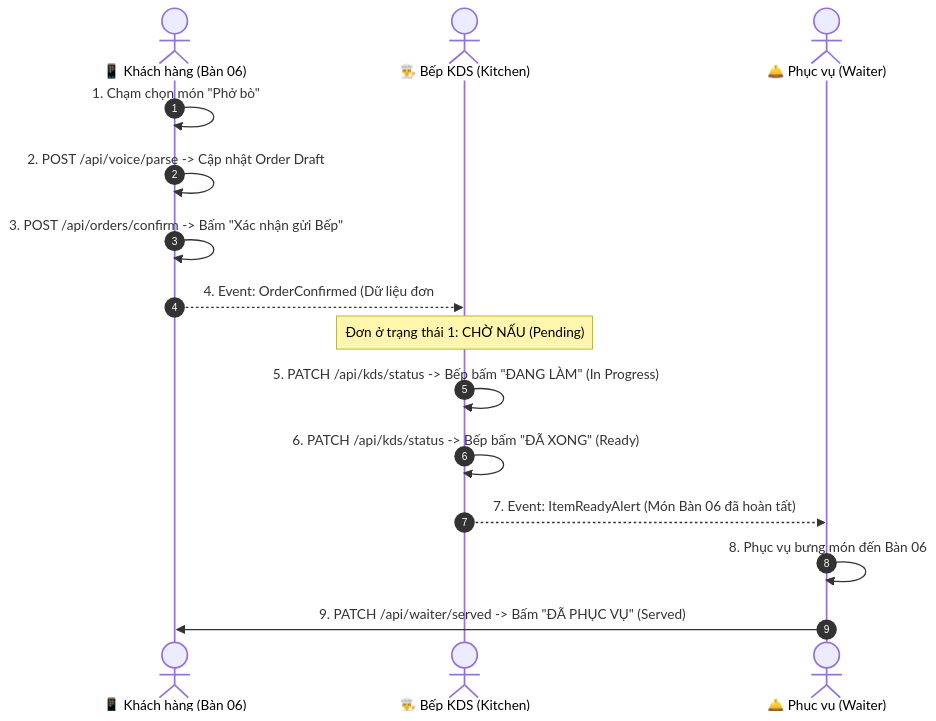
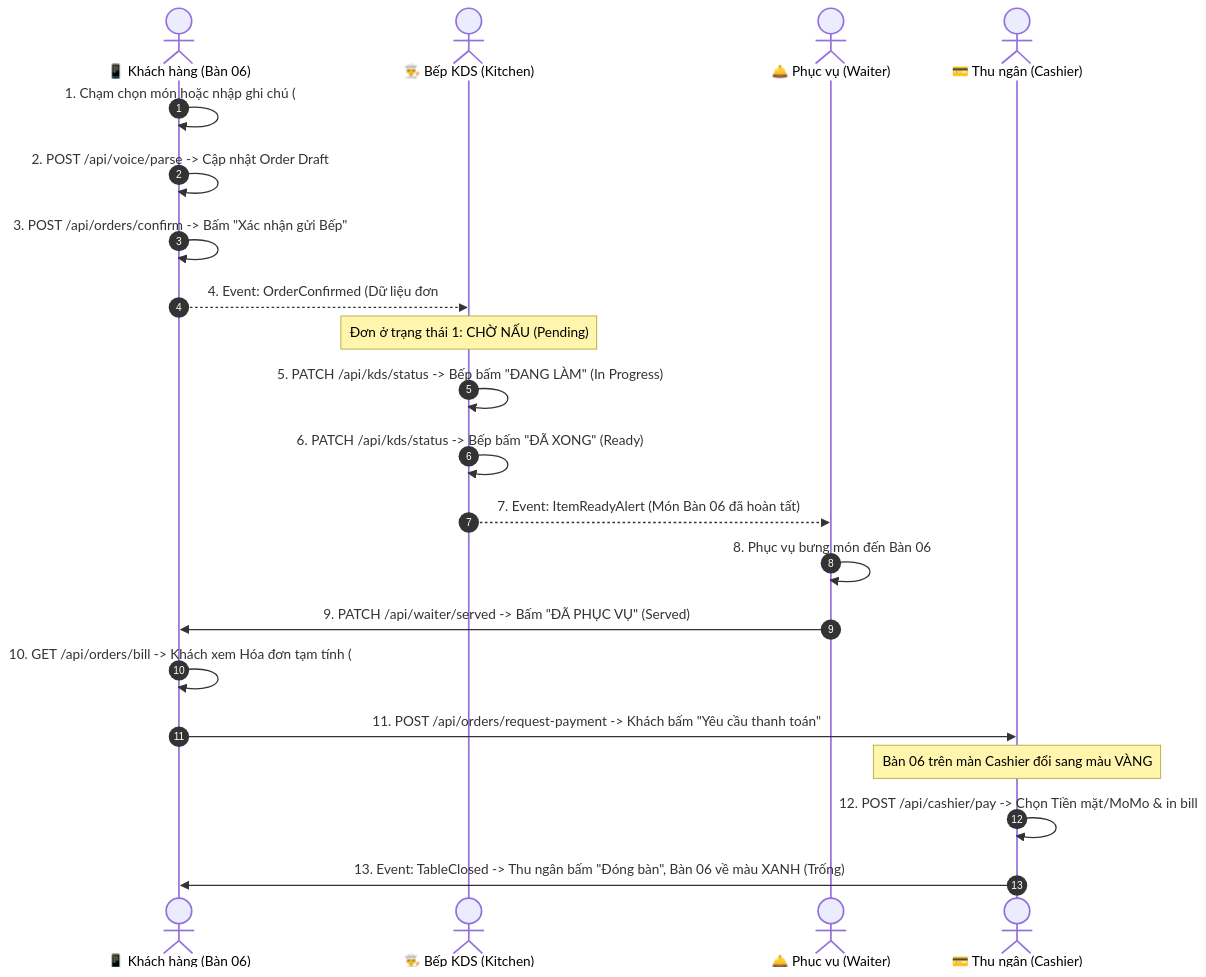
The second of 2 diagrams in docs/05-Design/screen-flow.md (NhanLe134/group-06-project), drawn with Mermaid before and after one commit. The commit also changed other lines of this file and 7 other files, not shown here.

````diff
--- a/docs/05-Design/screen-flow.md
+++ b/docs/05-Design/screen-flow.md
@@ -62,20 +75,27 @@
 ```mermaid
 sequenceDiagram
     autonumber
     actor Customer as 📱 Khách hàng (Bàn 06)
     actor Kitchen as 👨‍🍳 Bếp KDS (Kitchen)
     actor Waiter as 🛎️ Phục vụ (Waiter)
+    actor Cashier as 💳 Thu ngân (Cashier)
 
-    Customer->>Customer: 1. Chạm chọn món "Phở bò"
+    Customer->>Customer: 1. Chạm chọn món hoặc nhập ghi chú (#note-modal)
     Customer->>Customer: 2. POST /api/voice/parse -> Cập nhật Order Draft
     Customer->>Customer: 3. POST /api/orders/confirm -> Bấm "Xác nhận gửi Bếp"
     Customer-->>Kitchen: 4. Event: OrderConfirmed (Dữ liệu đơn #B06-001)
     
     Note over Kitchen: Đơn ở trạng thái 1: CHỜ NẤU (Pending)
     Kitchen->>Kitchen: 5. PATCH /api/kds/status -> Bếp bấm "ĐANG LÀM" (In Progress)
     Kitchen->>Kitchen: 6. PATCH /api/kds/status -> Bếp bấm "ĐÃ XONG" (Ready)
     
     Kitchen-->>Waiter: 7. Event: ItemReadyAlert (Món Bàn 06 đã hoàn tất)
     Waiter->>Waiter: 8. Phục vụ bưng món đến Bàn 06
     Waiter->>Customer: 9. PATCH /api/waiter/served -> Bấm "ĐÃ PHỤC VỤ" (Served)
+
+    Customer->>Customer: 10. GET /api/orders/bill -> Khách xem Hóa đơn tạm tính (#bill-view)
+    Customer->>Cashier: 11. POST /api/orders/request-payment -> Khách bấm "Yêu cầu thanh toán"
+    Note over Cashier: Bàn 06 trên màn Cashier đổi sang màu VÀNG
+    Cashier->>Cashier: 12. POST /api/cashier/pay -> Chọn Tiền mặt/MoMo & in bill
+    Cashier->>Customer: 13. Event: TableClosed -> Thu ngân bấm "Đóng bàn", Bàn 06 về màu XANH (Trống)
 ```
````
